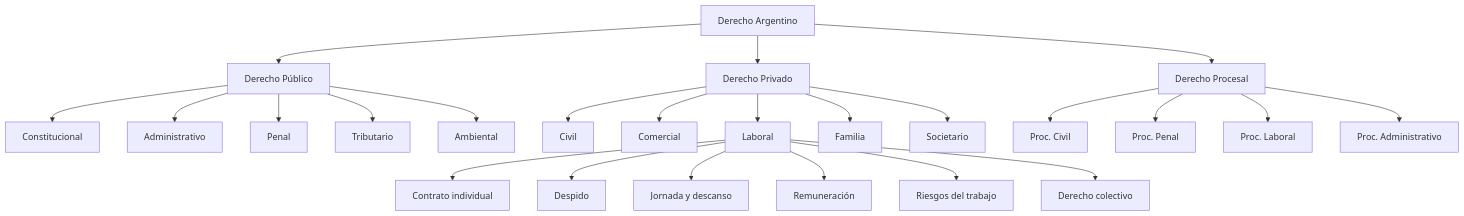
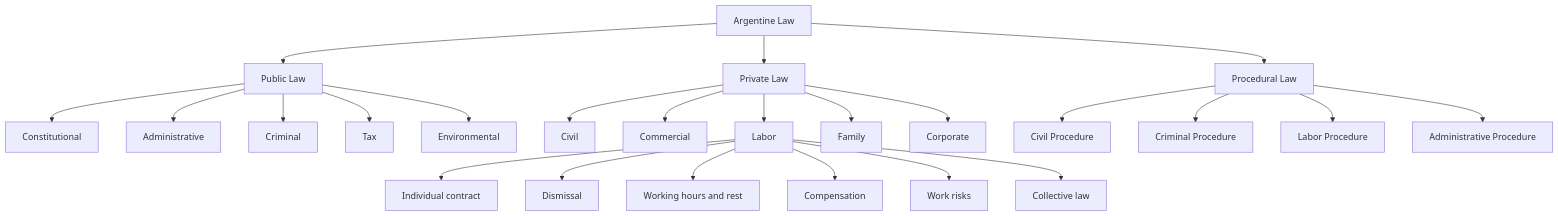
One commit to pablonux/legal-ai-ar changed the first of 5 diagrams in docs/technical/09-data-knowledge-management.md. Above: the diagram before and after it, drawn with Mermaid. The commit also changed other lines of this file and 2 other files, not shown here.

````diff
--- a/docs/technical/09-data-knowledge-management.md
+++ b/docs/technical/09-data-knowledge-management.md
@@ -30,30 +30,30 @@
 ```mermaid
 graph TD
-    ROOT[Derecho Argentino] --> PUBLICO[Derecho Público]
-    ROOT --> PRIVADO[Derecho Privado]
-    ROOT --> PROCESAL[Derecho Procesal]
-    
-    PUBLICO --> CONST[Constitucional]
-    PUBLICO --> ADMIN[Administrativo]
-    PUBLICO --> PENAL[Penal]
-    PUBLICO --> TRIB[Tributario]
-    PUBLICO --> AMB[Ambiental]
-    
+    ROOT[Argentine Law] --> PUBLICO[Public Law]
+    ROOT --> PRIVADO[Private Law]
+    ROOT --> PROCESAL[Procedural Law]
+
+    PUBLICO --> CONST[Constitutional]
+    PUBLICO --> ADMIN[Administrative]
+    PUBLICO --> PENAL[Criminal]
+    PUBLICO --> TRIB[Tax]
+    PUBLICO --> AMB[Environmental]
+
     PRIVADO --> CIVIL[Civil]
-    PRIVADO --> COM[Comercial]
-    PRIVADO --> LAB[Laboral]
-    PRIVADO --> FAM[Familia]
-    PRIVADO --> SOC[Societario]
-    
-    PROCESAL --> PCIVIL[Proc. Civil]
-    PROCESAL --> PPENAL[Proc. Penal]
-    PROCESAL --> PLAB[Proc. Laboral]
-    PROCESAL --> PADMIN[Proc. Administrativo]
-    
-    LAB --> LAB1[Contrato individual]
-    LAB --> LAB2[Despido]
-    LAB --> LAB3[Jornada y descanso]
-    LAB --> LAB4[Remuneración]
-    LAB --> LAB5[Riesgos del trabajo]
-    LAB --> LAB6[Derecho colectivo]
+    PRIVADO --> COM[Commercial]
+    PRIVADO --> LAB[Labor]
+    PRIVADO --> FAM[Family]
+    PRIVADO --> SOC[Corporate]
+
+    PROCESAL --> PCIVIL[Civil Procedure]
+    PROCESAL --> PPENAL[Criminal Procedure]
+    PROCESAL --> PLAB[Labor Procedure]
+    PROCESAL --> PADMIN[Administrative Procedure]
+
+    LAB --> LAB1[Individual contract]
+    LAB --> LAB2[Dismissal]
+    LAB --> LAB3[Working hours and rest]
+    LAB --> LAB4[Compensation]
+    LAB --> LAB5[Work risks]
+    LAB --> LAB6[Collective law]
 ```
````
